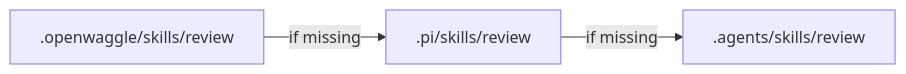
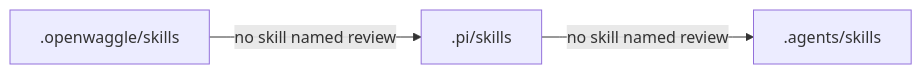
The first of 2 diagrams in website/src/content/docs/configuration/per-project-config.md (OpenWaggle/OpenWaggle), drawn with Mermaid before and after one commit. The commit also changed other lines of this file and 12 other files, not shown here.

First line of the commit message:
docs(website): correct diagrams and claims found in the docs review

````diff
--- a/website/src/content/docs/configuration/per-project-config.md
+++ b/website/src/content/docs/configuration/per-project-config.md
@@ -52,4 +52,4 @@
 ```mermaid
 flowchart LR
-  A[".openwaggle/skills/review"] -->|"if missing"| B[".pi/skills/review"] -->|"if missing"| C[".agents/skills/review"]
+  A[".openwaggle/skills"] -->|"no skill named review"| B[".pi/skills"] -->|"no skill named review"| C[".agents/skills"]
 ```
````
